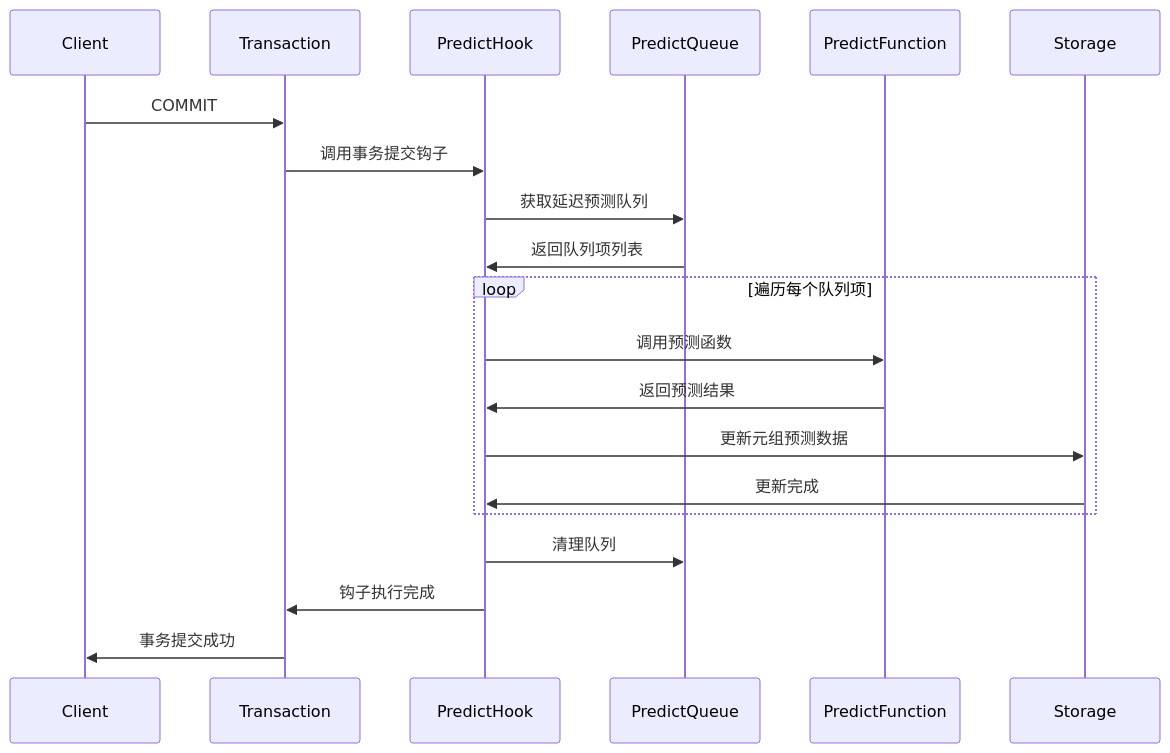
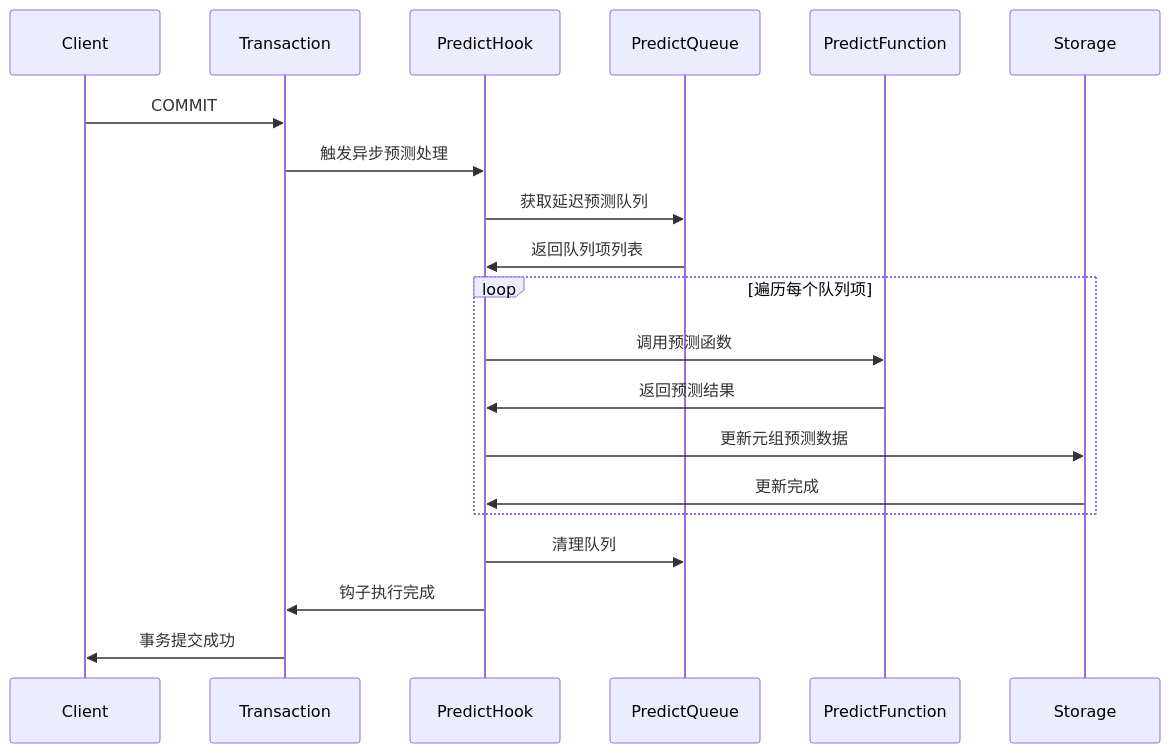
The seventh of 7 diagrams in doc/predict/PREDICT_DETAILED_DESIGN.md (ZhongChaoqiang/postgres), drawn with Mermaid before and after one commit. The commit also changed other lines of this file and 1 other file, not shown here.

First line of the commit message:
predict

````diff
--- a/doc/predict/PREDICT_DETAILED_DESIGN.md
+++ b/doc/predict/PREDICT_DETAILED_DESIGN.md
@@ -1081,25 +1121,25 @@
 ```mermaid
 sequenceDiagram
     participant Client
     participant Transaction
     participant PredictHook
     participant PredictQueue
     participant PredictFunction
     participant Storage
     
     Client->>Transaction: COMMIT
-    Transaction->>PredictHook: 调用事务提交钩子
+    Transaction->>PredictHook: 触发异步预测处理
     PredictHook->>PredictQueue: 获取延迟预测队列
     PredictQueue->>PredictHook: 返回队列项列表
     
     loop 遍历每个队列项
         PredictHook->>PredictFunction: 调用预测函数
         PredictFunction->>PredictHook: 返回预测结果
         PredictHook->>Storage: 更新元组预测数据
         Storage->>PredictHook: 更新完成
     end
     
     PredictHook->>PredictQueue: 清理队列
     PredictHook->>Transaction: 钩子执行完成
     Transaction->>Client: 事务提交成功
 ```
````
